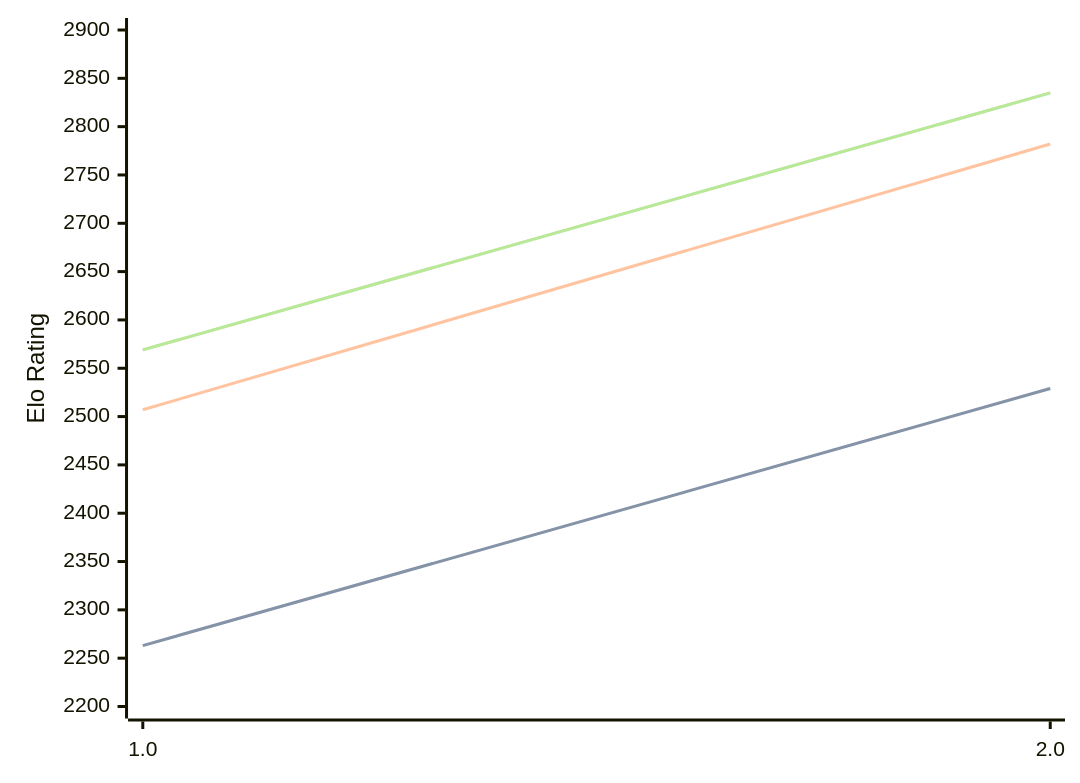
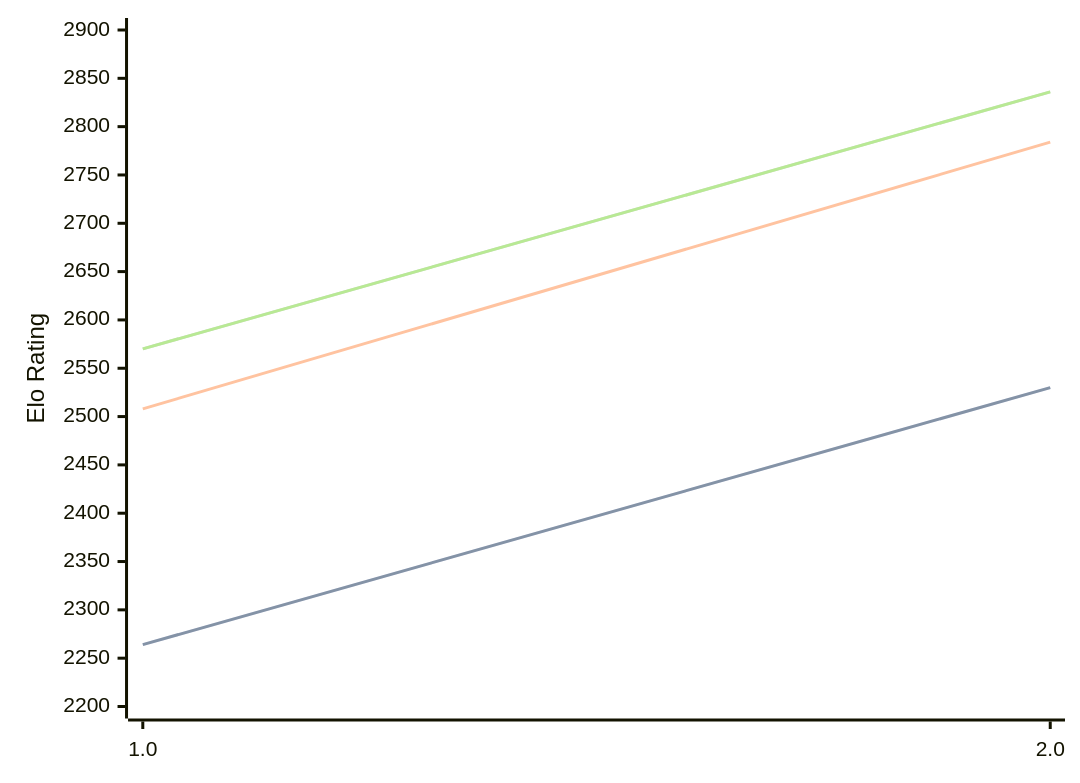
Before and after one commit to computer-chess-index/cci: the diagram in engines/Revolver.md, drawn with Mermaid. The commit also changed other lines of this file, not shown here.

Commit message:
Update CCI Ratings (ELO VLTC) - 2026-10-09

````diff
--- a/engines/Revolver.md
+++ b/engines/Revolver.md
@@ -32,11 +32,11 @@
 ```mermaid
 %%{init: {"theme":"base","themeVariables":{"seriesColors:['#a3a3a3','#222221','#faa371']}}}%%
 xychart-beta
   x-axis ["1.0", "2.0"]
   y-axis "Elo Rating" 2200 --> 2900
-  line "" [2263, 2529]
-  line "STC (8.0+0.08s)" [2263, 2529]
-  line "LTC (60.0+0.60s)" [2507, 2782]
-  line "" [2569, 2835]
-  line "VLTC (2m24s+1.12s)" [2569, 2835]
+  line "" [2264, 2530]
+  line "STC (8.0+0.08s)" [2264, 2530]
+  line "LTC (60.0+0.60s)" [2508, 2784]
+  line "" [2570, 2836]
+  line "VLTC (2m24s+1.12s)" [2570, 2836]
 ```
````
